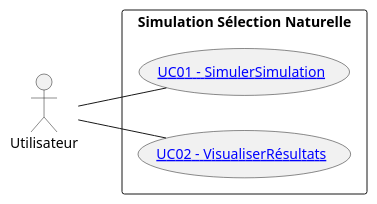
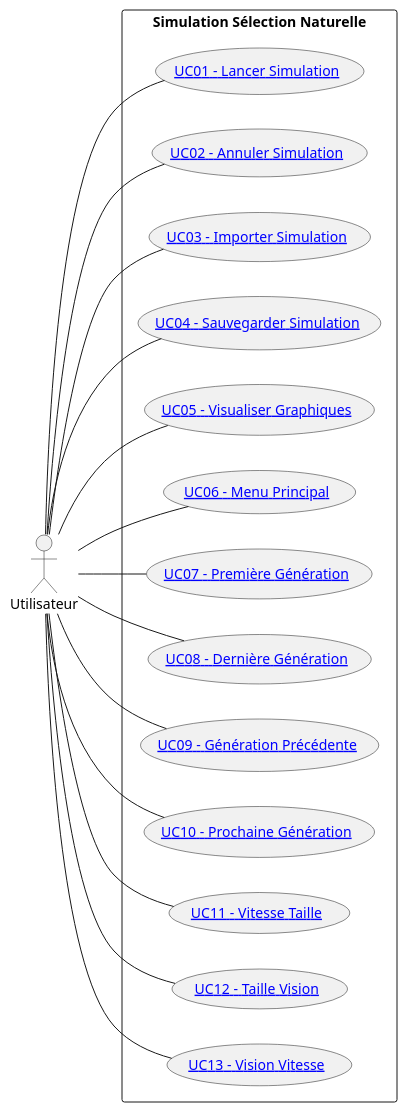
One commit to SamuelGuerin/GrandsProphetes changed the diagram in Documentation/Analyse/UseCases/index.md. Above: the diagram before and after it, drawn with PlantUML. The commit also changed other lines of this file and 14 other files, not shown here.

````diff
--- a/Documentation/Analyse/UseCases/index.md
+++ b/Documentation/Analyse/UseCases/index.md
@@ -3,16 +3,38 @@
 ```plantuml
 left to right direction
 actor Utilisateur as user
 
 rectangle "Simulation Sélection Naturelle" {
-    ([[#!1_Analyse/UseCases/UC01.md UC01 - SimulerSimulation]]) as UC01
-    ([[#!1_Analyse/UseCases/UC02.md UC02 - VisualiserRésultats]]) as UC02
+ ([[#!1_Analyse/UseCases/UC01.md UC01 - Lancer Simulation]]) as UC01
+ ([[#!1_Analyse/UseCases/UC02.md UC02 - Annuler Simulation]]) as UC02
+ ([[#!1_Analyse/UseCases/UC03.md UC03 - Importer Simulation]]) as UC03
+ ([[#!1_Analyse/UseCases/UC04.md UC04 - Sauvegarder Simulation]]) as UC04
+ ([[#!1_Analyse/UseCases/UC05.md UC05 - Visualiser Graphiques]]) as UC05
+ ([[#!1_Analyse/UseCases/UC06.md UC06 - Menu Principal]]) as UC06
+ ([[#!1_Analyse/UseCases/UC07.md UC07 - Première Génération]]) as UC07
+ ([[#!1_Analyse/UseCases/UC08.md UC08 - Dernière Génération]]) as UC08
+ ([[#!1_Analyse/UseCases/UC09.md UC09 - Génération Précédente]]) as UC09
+ ([[#!1_Analyse/UseCases/UC10.md UC10 - Prochaine Génération]]) as UC10
+ ([[#!1_Analyse/UseCases/UC11.md UC11 - Vitesse Taille]]) as UC11
+ ([[#!1_Analyse/UseCases/UC12.md UC12 - Taille Vision]]) as UC12
+ ([[#!1_Analyse/UseCases/UC13.md UC13 - Vision Vitesse]]) as UC13
 
 }
 
 
 user -- UC01
 user -- UC02
+user -- UC03
+user -- UC04
+user -- UC05
+user -- UC06
+user -- UC07
+user -- UC08
+user -- UC09
+user -- UC10
+user -- UC11
+user -- UC12
+user -- UC13
 
 
 ```
````
